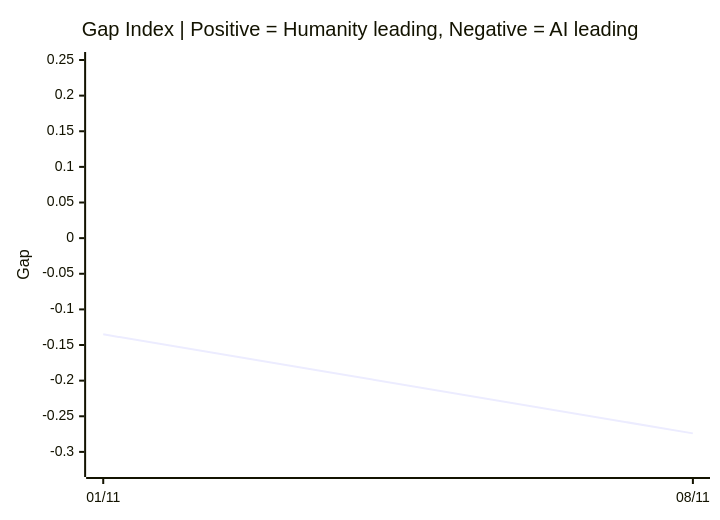
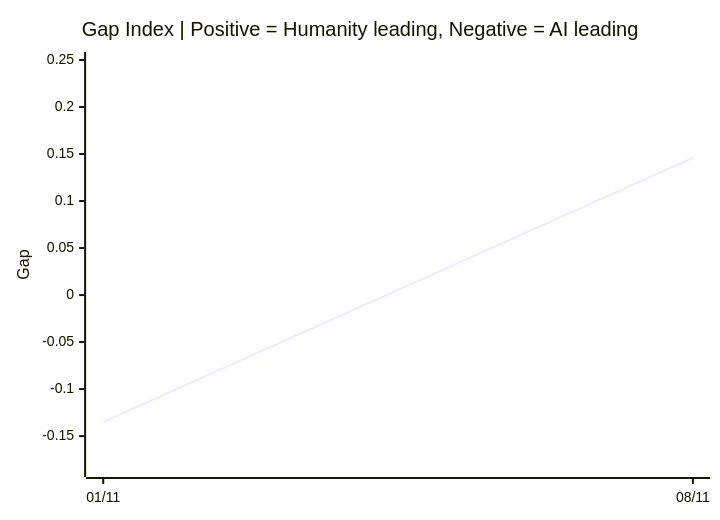
Before and after one commit to VQQLK/Human-AI-Monitor: the second of 3 diagrams in README.md, drawn with Mermaid. The commit also changed other lines of this file and 4 other files, not shown here.

````diff
--- a/README.md
+++ b/README.md
@@ -45,7 +45,7 @@
 ```mermaid
 xychart-beta
     title "Gap Index | Positive = Humanity leading, Negative = AI leading"
     x-axis ["01/11", "08/11"]
-    y-axis "Gap" -0.324 --> 0.250
-    line [-0.135, -0.274]
+    y-axis "Gap" -0.185 --> 0.250
+    line [-0.135, 0.146]
 ```
````
